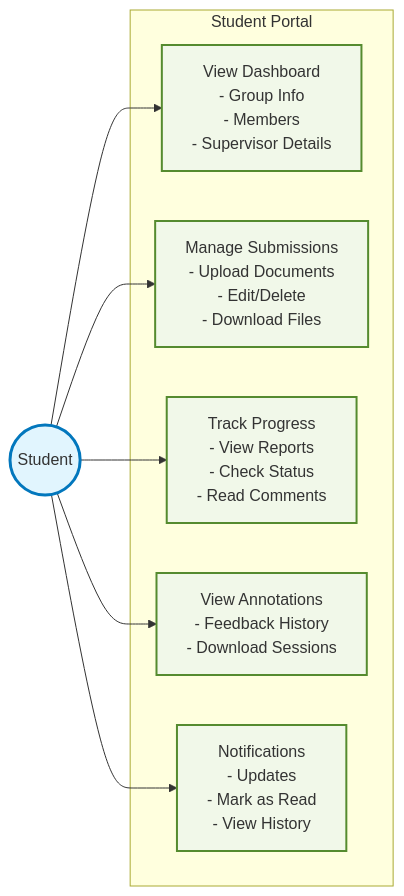
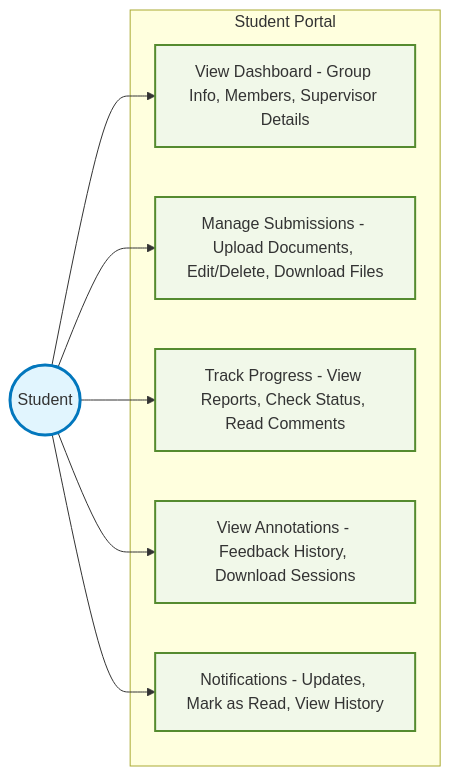
One commit to abdullah2323442/thesisrepo-backup changed the third of 5 diagrams in documentation/roles/Student-use-case-diagram.md. Above: the diagram before and after it, drawn with Mermaid. The commit also changed 5 other files, not shown here.

Commit message:
refactor(use-case-diagrams): Enhance readability of use case diagrams by simplifying text formatting across multiple roles

````diff
--- a/documentation/roles/Student-use-case-diagram.md
+++ b/documentation/roles/Student-use-case-diagram.md
@@ -131,29 +131,29 @@
 ```mermaid
 graph LR
     %% Actor
     Student((Student))
     
     %% System Boundary
     subgraph System["Student Portal"]
         %% Core Use Cases
-        UC1[View Dashboard<br/>- Group Info<br/>- Members<br/>- Supervisor Details]
-        UC2[Manage Submissions<br/>- Upload Documents<br/>- Edit/Delete<br/>- Download Files]
-        UC3[Track Progress<br/>- View Reports<br/>- Check Status<br/>- Read Comments]
-        UC4[View Annotations<br/>- Feedback History<br/>- Download Sessions]
-        UC5[Notifications<br/>- Updates<br/>- Mark as Read<br/>- View History]
+        UC1["View Dashboard - Group Info, Members, Supervisor Details"]
+        UC2["Manage Submissions - Upload Documents, Edit/Delete, Download Files"]
+        UC3["Track Progress - View Reports, Check Status, Read Comments"]
+        UC4["View Annotations - Feedback History, Download Sessions"]
+        UC5["Notifications - Updates, Mark as Read, View History"]
     end
     
     %% Connections
     Student --> UC1
     Student --> UC2
     Student --> UC3
     Student --> UC4
     Student --> UC5
     
     %% Styling
     classDef actor fill:#e1f5fe,stroke:#0277bd,stroke-width:3px
     classDef usecase fill:#f1f8e9,stroke:#558b2f,stroke-width:2px
     
     class Student actor
     class UC1,UC2,UC3,UC4,UC5 usecase
 ```
````
